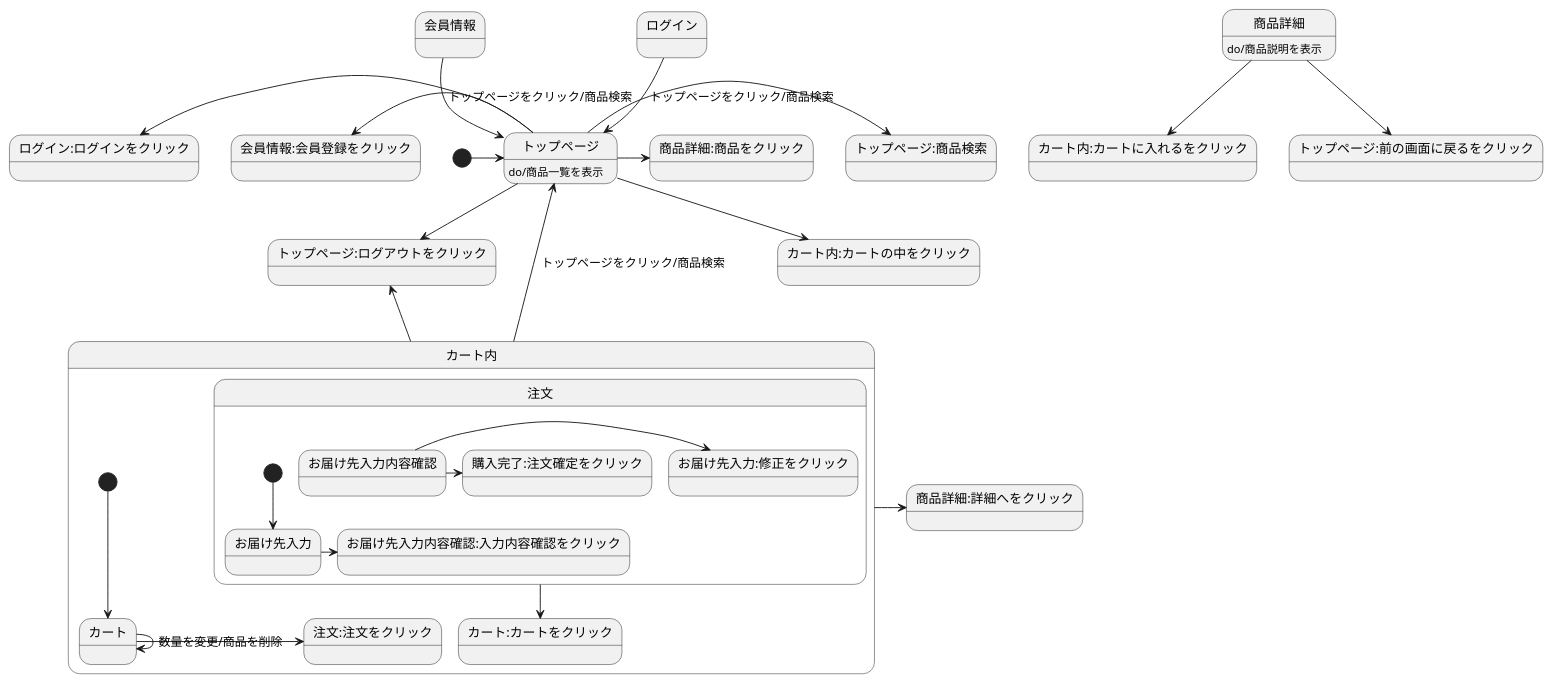
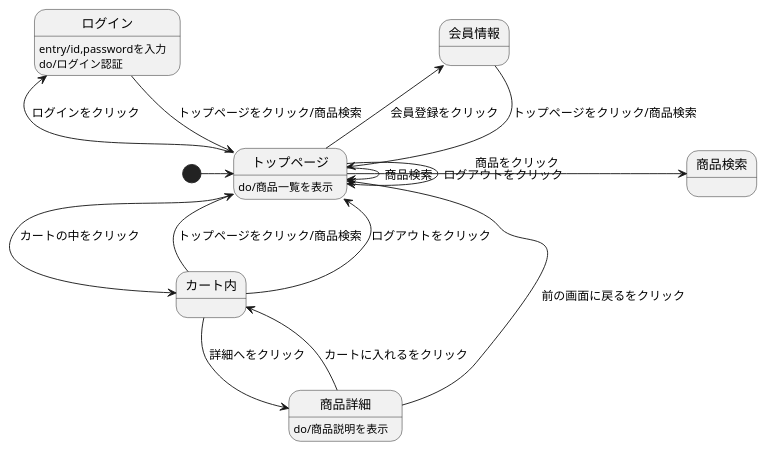
Before and after one commit to Aso2001147/2021sys-design: the diagram in 10回チャレンジ課題.md, drawn with PlantUML.

````diff
--- a/10回チャレンジ課題.md
+++ b/10回チャレンジ課題.md
@@ -1,35 +1,24 @@
 ```uml 
 @startuml
 
 [*] -> トップページ
-会員情報 -->トップページ:トップページをクリック/商品検索
-ログイン --> トップページ:トップページをクリック/商品検索
-トップページ -->トップページ:ログアウトをクリック
-トップページ -> トップページ:商品検索
-トップページ -> 商品詳細:商品をクリック
-トップページ -left-> 会員情報:会員登録をクリック
-トップページ -left-> ログイン:ログインをクリック
-トップページ --> カート内:カートの中をクリック
-トップページ:do/商品一覧を表示
-商品詳細 --> カート内:カートに入れるをクリック
-商品詳細 --> トップページ:前の画面に戻るをクリック
-商品詳細:do/商品説明を表示
-カート内 -up-> トップページ:トップページをクリック/商品検索
-カート内 -up-> トップページ:ログアウトをクリック 
-カート内 -> 商品詳細:詳細へをクリック
-
-state カート内{ 
- [*] --> カート 
- カート -> 注文:注文をクリック 
- カート -> カート:数量を変更/商品を削除
- 注文 --> カート:カートをクリック
- state 注文{
-  [*] --> お届け先入力 
-  お届け先入力 -> お届け先入力内容確認:入力内容確認をクリック 
-  お届け先入力内容確認 -> お届け先入力:修正をクリック 
-  お届け先入力内容確認 -> 購入完了:注文確定をクリック
- }
-}
+会員情報 --> トップページ : トップページをクリック/商品検索
+ログイン --> トップページ : トップページをクリック/商品検索
+ログイン : entry/id,passwordを入力
+ログイン : do/ログイン認証
+トップページ --> トップページ : ログアウトをクリック
+トップページ -> トップページ : 商品検索
+トップページ -> 商品検索 : 商品をクリック
+トップページ -left-> 会員情報 : 会員登録をクリック
+トップページ -left-> ログイン : ログインをクリック
+トップページ --> カート内 : カートの中をクリック
+トップページ : do/商品一覧を表示
+商品詳細 --> カート内 : カートに入れるをクリック
+商品詳細 --> トップページ : 前の画面に戻るをクリック
+商品詳細 : do/商品説明を表示
+カート内 -up-> トップページ : トップページをクリック/商品検索
+カート内 -up-> トップページ : ログアウトをクリック
+カート内 -> 商品詳細 : 詳細へをクリック
 
 @enduml
 ```
````
